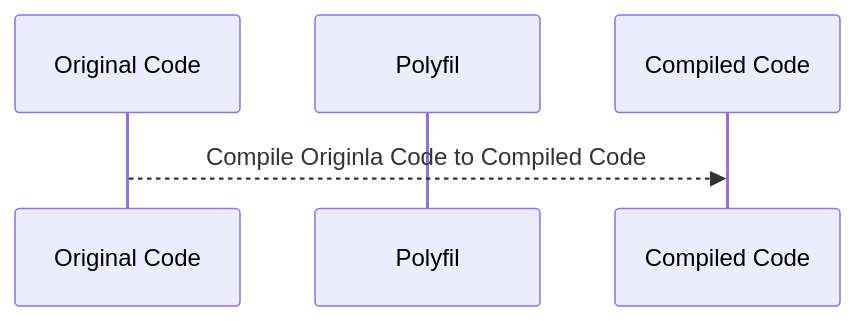
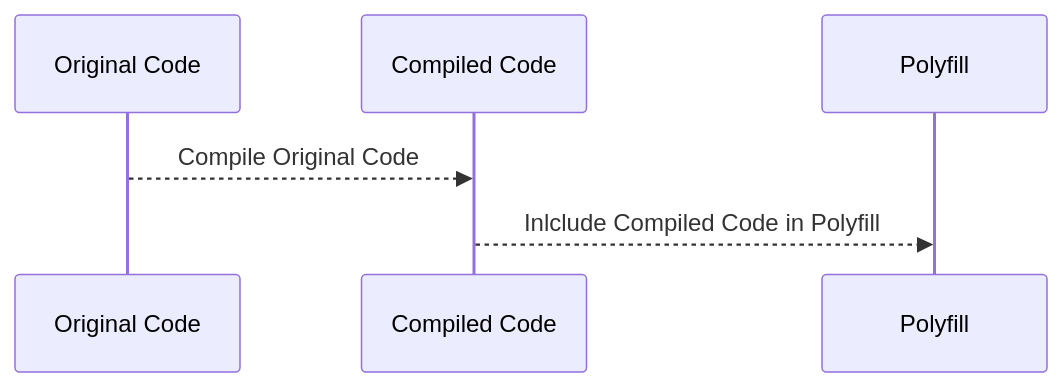
The first of 3 diagrams in contents/compile.md (darkenphp/docs), drawn with Mermaid before and after one commit. The commit also changed other lines of this file and 6 other files, not shown here.

```diff
--- a/contents/compile.md
+++ b/contents/compile.md
@@ -10,7 +13,8 @@
 <pre class="mermaid">
 sequenceDiagram
     participant Original Code
-    participant Polyfil
     participant Compiled Code
-    Original Code-->>Compiled Code: Compile Originla Code to Compiled Code
+    participant Polyfill
+    Original Code-->>Compiled Code: Compile Original Code
+    Compiled Code-->>Polyfill: Inlclude Compiled Code in Polyfill
 </pre>
```
